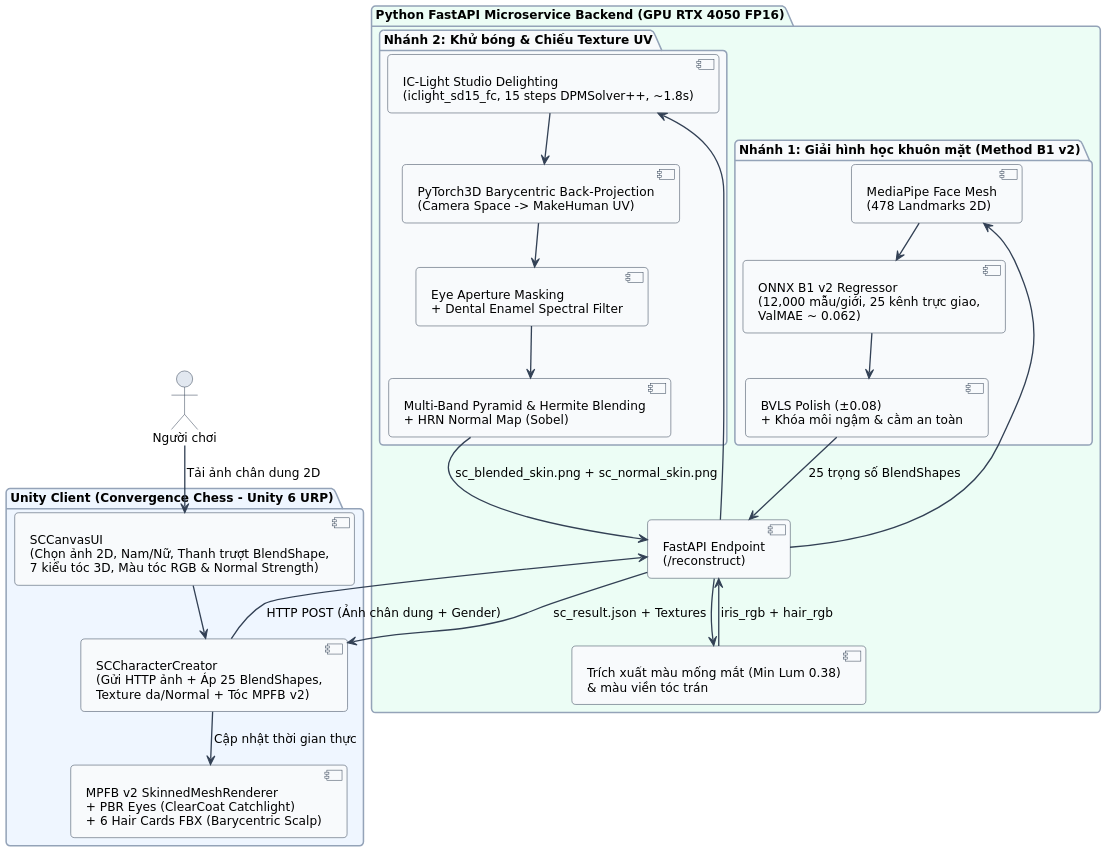
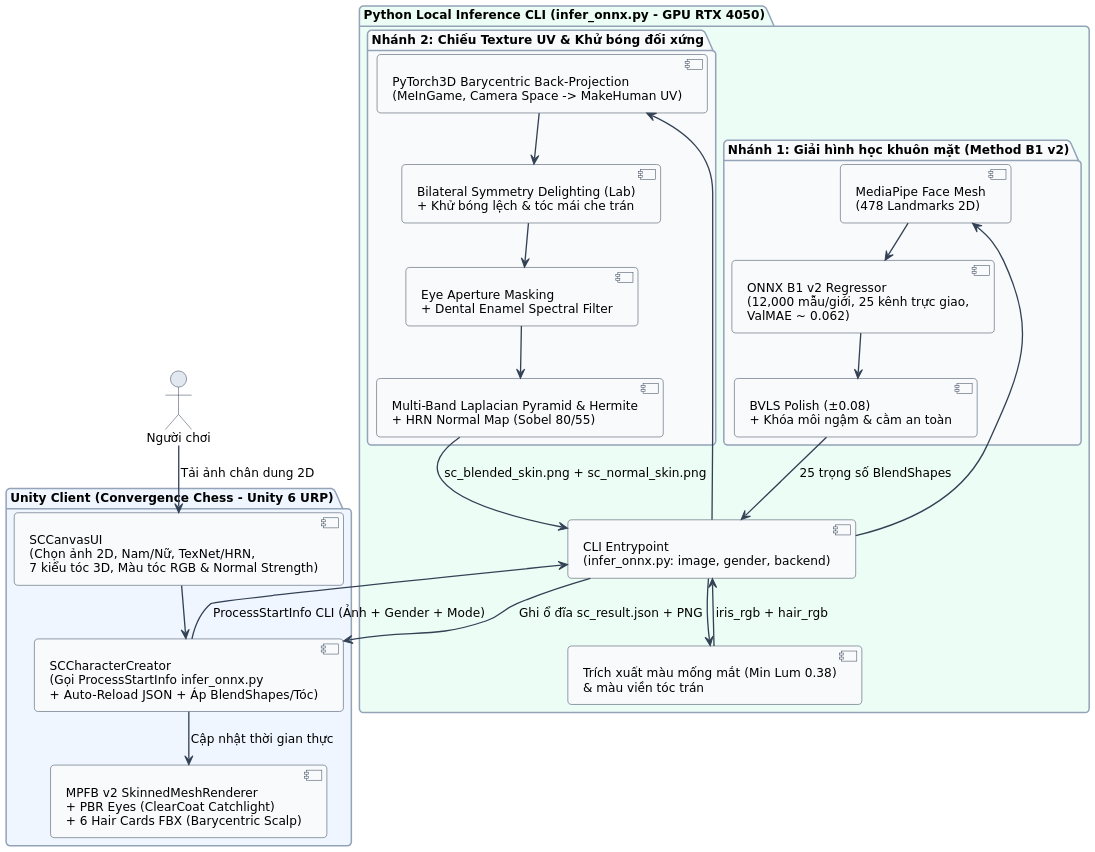
The diagram in Diagrams/puml/10_pipeline_smart_customization.puml (ThienVan1208/DACN-261-Report), drawn with PlantUML before and after one commit. The commit also changed 41 other files, not shown here.

Commit message:
update diagrams

```diff
--- a/Diagrams/puml/10_pipeline_smart_customization.puml
+++ b/Diagrams/puml/10_pipeline_smart_customization.puml
@@ -1,77 +1,77 @@
 @startuml
 !pragma layout smetana
 skinparam dpi 170
 skinparam backgroundColor #FFFFFF
 skinparam shadowing false
 skinparam defaultFontName "DejaVu Sans"
 skinparam defaultFontSize 12
 skinparam roundcorner 8
 skinparam ArrowColor #334155
 skinparam ArrowThickness 1.3
 skinparam BorderColor #475569
 skinparam ClassBackgroundColor #F8FAFC
 skinparam ClassBorderColor #334155
 skinparam ClassHeaderBackgroundColor #E2E8F0
 skinparam PackageBackgroundColor #FFFFFF
 skinparam PackageBorderColor #64748B
 skinparam ComponentBackgroundColor #F8FAFC
 skinparam ComponentBorderColor #334155
 skinparam RectangleBackgroundColor #F8FAFC
 skinparam RectangleBorderColor #334155
 skinparam UsecaseBackgroundColor #F1F5F9
 skinparam UsecaseBorderColor #334155
 skinparam ActorBackgroundColor #E2E8F0
 skinparam ActorBorderColor #334155
 skinparam StateBackgroundColor #F8FAFC
 skinparam StateBorderColor #334155
 skinparam SequenceParticipantBackgroundColor #F1F5F9
 skinparam SequenceParticipantBorderColor #334155
 skinparam SequenceLifeLineBorderColor #64748B
 skinparam SequenceGroupBackgroundColor #F8FAFC
 skinparam SequenceGroupBorderColor #94A3B8
 skinparam NoteBackgroundColor #FFFBEB
 skinparam NoteBorderColor #D97706
 
 top to bottom direction
 
 actor "Người chơi" as User
 
 package "Unity Client (Convergence Chess - Unity 6 URP)" #EFF6FF {
-  [SCCanvasUI\n(Chọn ảnh 2D, Nam/Nữ, Thanh trượt BlendShape,\n7 kiểu tóc 3D, Màu tóc RGB & Normal Strength)] as SCUI
-  [SCCharacterCreator\n(Gửi HTTP ảnh + Áp 25 BlendShapes,\nTexture da/Normal + Tóc MPFB v2)] as SCCreator
+  [SCCanvasUI\n(Chọn ảnh 2D, Nam/Nữ, TexNet/HRN,\n7 kiểu tóc 3D, Màu tóc RGB & Normal Strength)] as SCUI
+  [SCCharacterCreator\n(Gọi ProcessStartInfo infer_onnx.py\n+ Auto-Reload JSON + Áp BlendShapes/Tóc)] as SCCreator
   [MPFB v2 SkinnedMeshRenderer\n+ PBR Eyes (ClearCoat Catchlight)\n+ 6 Hair Cards FBX (Barycentric Scalp)] as Mesh3D
 }
 
-package "Python FastAPI Microservice Backend (GPU RTX 4050 FP16)" #ECFDF5 {
-  [FastAPI Endpoint\n(/reconstruct)] as API
+package "Python Local Inference CLI (infer_onnx.py - GPU RTX 4050)" #ECFDF5 {
+  [CLI Entrypoint\n(infer_onnx.py: image, gender, backend)] as CLI
   package "Nhánh 1: Giải hình học khuôn mặt (Method B1 v2)" #F8FAFC {
     [MediaPipe Face Mesh\n(478 Landmarks 2D)] as MP
     [ONNX B1 v2 Regressor\n(12,000 mẫu/giới, 25 kênh trực giao,\nValMAE ~ 0.062)] as ONNX
     [BVLS Polish (±0.08)\n+ Khóa môi ngậm & cằm an toàn] as BVLS
     MP --> ONNX
     ONNX --> BVLS
   }
-  package "Nhánh 2: Khử bóng & Chiếu Texture UV" #F8FAFC {
-    [IC-Light Studio Delighting\n(iclight_sd15_fc, 15 steps DPMSolver++, ~1.8s)] as ICLight
-    [PyTorch3D Barycentric Back-Projection\n(Camera Space -> MakeHuman UV)] as Py3D
+  package "Nhánh 2: Chiếu Texture UV & Khử bóng đối xứng" #F8FAFC {
+    [PyTorch3D Barycentric Back-Projection\n(MeInGame, Camera Space -> MakeHuman UV)] as Py3D
+    [Bilateral Symmetry Delighting (Lab)\n+ Khử bóng lệch & tóc mái che trán] as Delight
     [Eye Aperture Masking\n+ Dental Enamel Spectral Filter] as Mask
-    [Multi-Band Pyramid & Hermite Blending\n+ HRN Normal Map (Sobel)] as Blend
-    ICLight --> Py3D
-    Py3D --> Mask
+    [Multi-Band Laplacian Pyramid & Hermite\n+ HRN Normal Map (Sobel 80/55)] as Blend
+    Py3D --> Delight
+    Delight --> Mask
     Mask --> Blend
   }
   [Trích xuất màu mống mắt (Min Lum 0.38)\n& màu viền tóc trán] as ColorExt
 }
 
 User --> SCUI : Tải ảnh chân dung 2D
 SCUI --> SCCreator
-SCCreator --> API : HTTP POST (Ảnh chân dung + Gender)
-API --> MP
-API --> ICLight
-API --> ColorExt
-BVLS --> API : 25 trọng số BlendShapes
-Blend --> API : sc_blended_skin.png + sc_normal_skin.png
-ColorExt --> API : iris_rgb + hair_rgb
-API --> SCCreator : sc_result.json + Textures
+SCCreator --> CLI : ProcessStartInfo CLI (Ảnh + Gender + Mode)
+CLI --> MP
+CLI --> Py3D
+CLI --> ColorExt
+BVLS --> CLI : 25 trọng số BlendShapes
+Blend --> CLI : sc_blended_skin.png + sc_normal_skin.png
+ColorExt --> CLI : iris_rgb + hair_rgb
+CLI --> SCCreator : Ghi ổ đĩa sc_result.json + PNG
 SCCreator --> Mesh3D : Cập nhật thời gian thực
 @enduml
```
